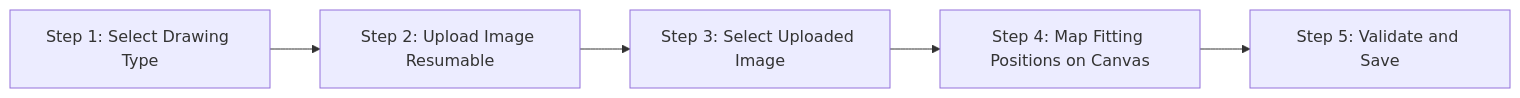
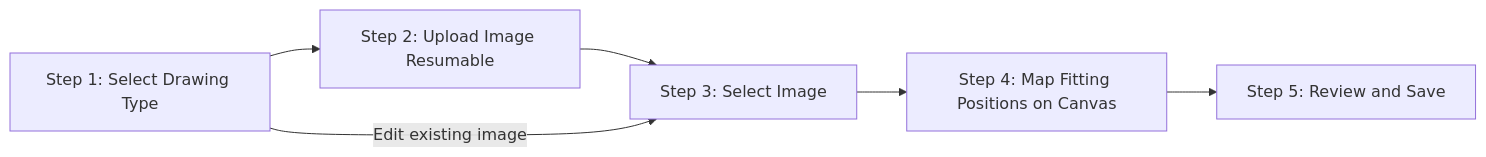
Before and after one commit to LewisCM14/schematic_mapper: the ninth of 9 diagrams in docs/spec.md, drawn with Mermaid. The commit also changed other lines of this file and 45 other files, not shown here.

````diff
--- a/docs/spec.md
+++ b/docs/spec.md
@@ -820,10 +837,11 @@
 ```mermaid
 flowchart LR
     S1[Step 1: Select Drawing Type]
     S2[Step 2: Upload Image Resumable]
-    S3[Step 3: Select Uploaded Image]
+    S3[Step 3: Select Image]
     S4[Step 4: Map Fitting Positions on Canvas]
-    S5[Step 5: Validate and Save]
+    S5[Step 5: Review and Save]
 
     S1 --> S2 --> S3 --> S4 --> S5
+    S1 -->|Edit existing image| S3
 ```
````
